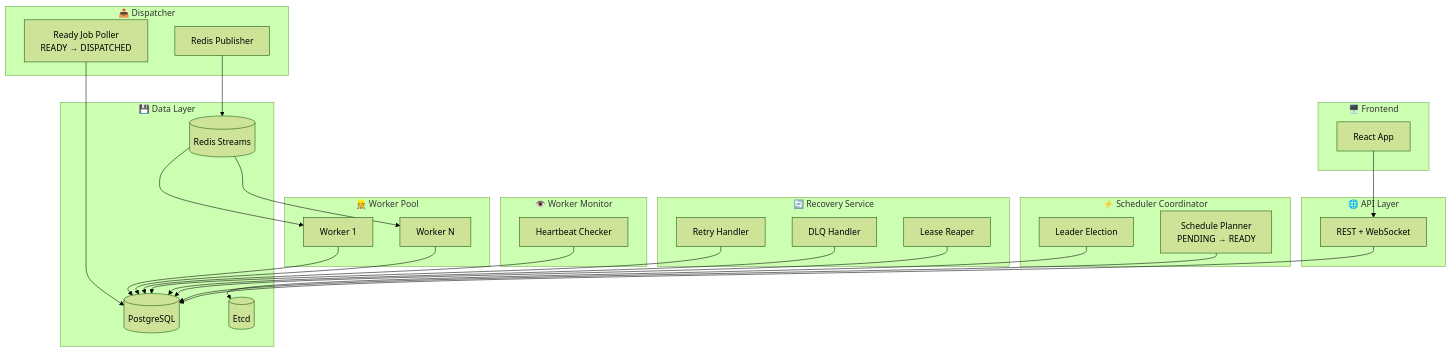
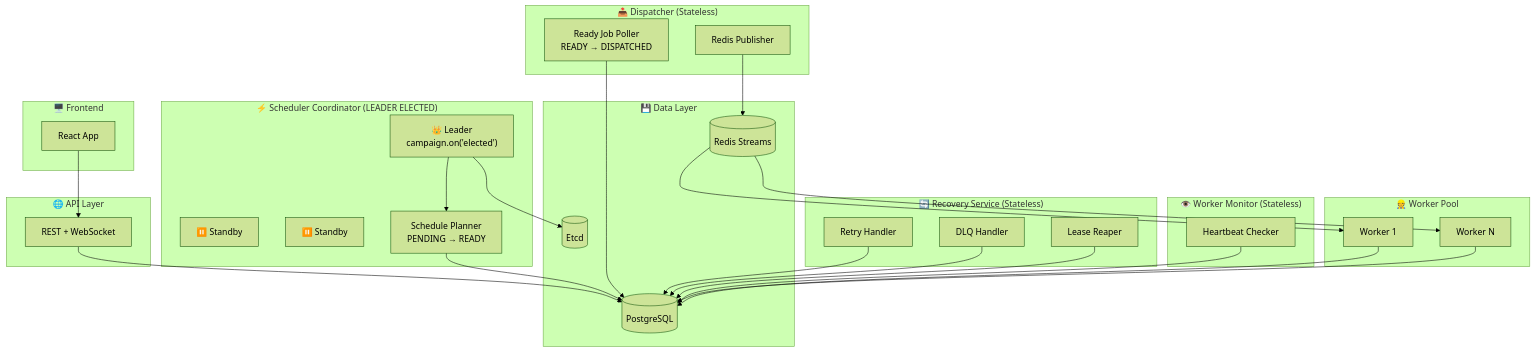
The first of 3 diagrams in docs/diagrams/HLD_V2_Refactored.md (Dikshant09/distributed-task-scheduler), drawn with Mermaid (forest theme) before and after one commit. The commit also changed other lines of this file and 97 other files, not shown here.

Commit message:
refactor: Relocate leader election to a common module, remove obsolete scheduler components and coverage reports, and update documentation.

````diff
--- a/docs/diagrams/HLD_V2_Refactored.md
+++ b/docs/diagrams/HLD_V2_Refactored.md
@@ -10,61 +10,64 @@
 ```mermaid
 flowchart TB
     subgraph Frontend["🖥️ Frontend"]
         UI[React App]
     end
 
     subgraph API["🌐 API Layer"]
         REST[REST + WebSocket]
     end
 
-    subgraph Coordinator["⚡ Scheduler Coordinator"]
-        Leader[Leader Election]
+    subgraph Coordinator["⚡ Scheduler Coordinator (LEADER ELECTED)"]
+        Leader["👑 Leader<br/>campaign.on('elected')"]
+        Standby1["⏸️ Standby"]
+        Standby2["⏸️ Standby"]
         Planner["Schedule Planner<br/>PENDING → READY"]
     end
 
-    subgraph Dispatcher["📤 Dispatcher"]
+    subgraph Dispatcher["📤 Dispatcher (Stateless)"]
         Poller["Ready Job Poller<br/>READY → DISPATCHED"]
         Publisher[Redis Publisher]
     end
 
-    subgraph Recovery["🔄 Recovery Service"]
+    subgraph Recovery["🔄 Recovery Service (Stateless)"]
         Retry[Retry Handler]
         DLQ[DLQ Handler]
         Lease[Lease Reaper]
     end
 
-    subgraph Monitor["👁️ Worker Monitor"]
+    subgraph Monitor["👁️ Worker Monitor (Stateless)"]
         Heartbeat[Heartbeat Checker]
     end
 
     subgraph Workers["👷 Worker Pool"]
         W1[Worker 1]
         W2[Worker N]
     end
 
     subgraph Storage["💾 Data Layer"]
         PG[(PostgreSQL)]
         Redis[(Redis Streams)]
         Etcd[(Etcd)]
     end
 
     UI --> REST
     REST --> PG
     
     Leader --> Etcd
+    Leader --> Planner
     Planner --> PG
     
     Poller --> PG
     Publisher --> Redis
     
     Retry --> PG
     DLQ --> PG
     Lease --> PG
     
     Heartbeat --> PG
     
     Redis --> W1
     Redis --> W2
     W1 --> PG
     W2 --> PG
 ```
````
